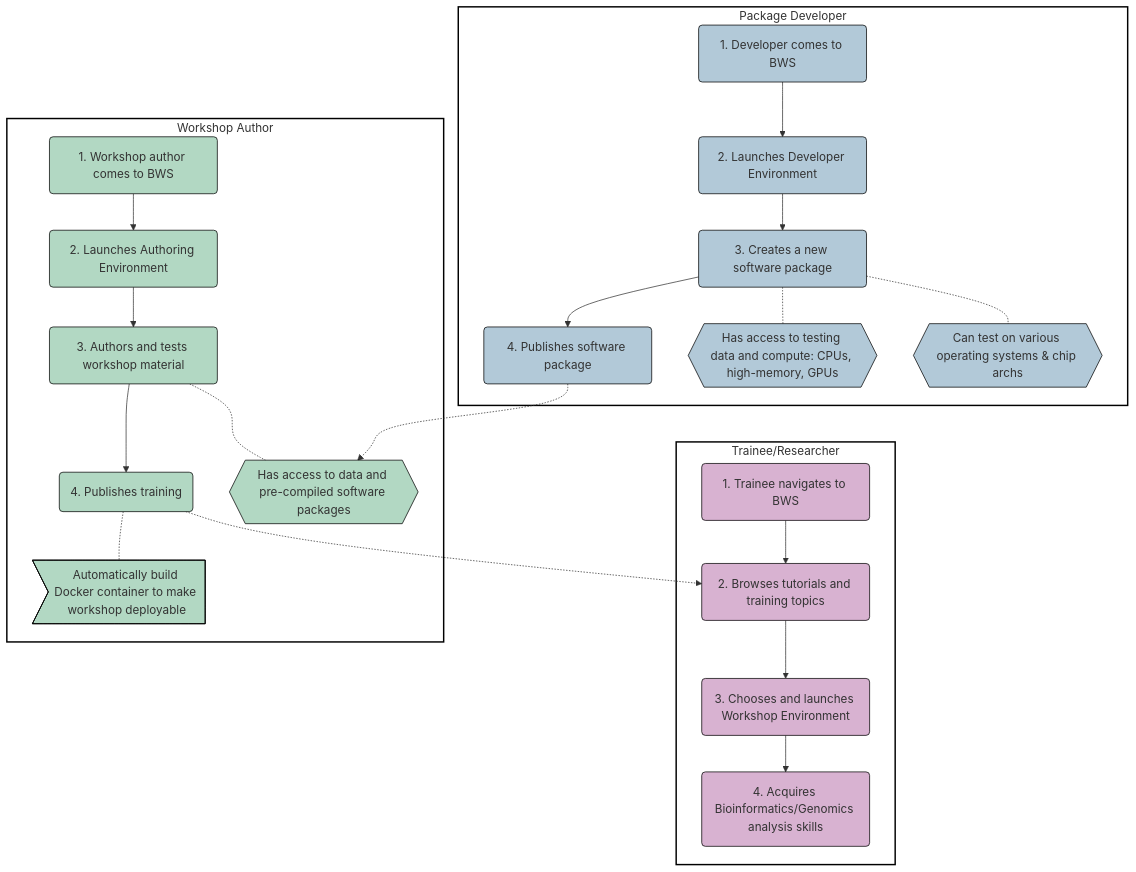
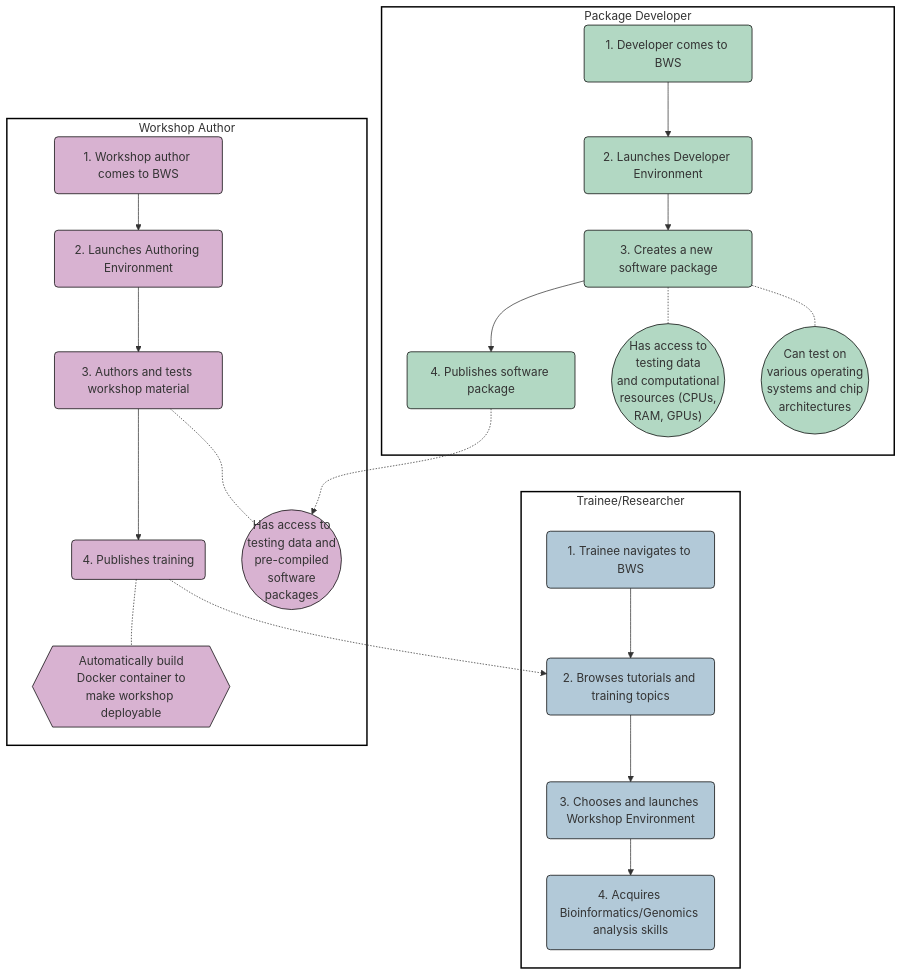
One commit to almahmoud/czi-bws-flow changed the diagram in README.md. Above: the diagram before and after it, drawn with Mermaid.

````diff
--- a/README.md
+++ b/README.md
@@ -1,33 +1,33 @@
 ```mermaid
-graph TD
-  classDef traineecolor fill:#d8b2d1,stroke:#000;
-  classDef authorcolor fill:#b2d8c3,stroke:#000;
-  classDef developercolor fill:#b2c9d8,stroke:#000;
+graph TB
+  classDef traineecolor fill:#b2c9d8,stroke:#000;
+  classDef authorcolor fill:#d8b2d1,stroke:#000;
+  classDef developercolor fill:#b2d8c3,stroke:#000;
   style traineebox fill:#fff,stroke:#000,stroke-width:2px
   style authorbox fill:#fff,stroke:#000,stroke-width:2px
   style developerbox fill:#fff,stroke:#000,stroke-width:2px
   subgraph traineebox[Trainee/Researcher]
     A1(1. Trainee navigates to BWS)-->A2(2. Browses tutorials and training topics)
     A2-->A3(3. Chooses and launches Workshop Environment)
     A3-->A4(4. Acquires Bioinformatics/Genomics analysis skills)
     class A1,A2,A3,A4 traineecolor
   end
   subgraph authorbox[Workshop Author]
     B1(1. Workshop author comes to BWS)-->B2(2. Launches Authoring Environment)
     B2-->B3(3. Authors and tests workshop material)
     B3-->B4(4. Publishes training)
-    B3-.-B91{{Has access to data and pre-compiled software packages}}
-    B4-.-B92>Automatically build Docker container to make workshop deployable]
+    B3-.-B91((Has access to<br/>testing data and<br/>pre-compiled<br/>software<br/>packages))
+    B4-.-B92{{Automatically build<br/>Docker container to<br/>make workshop deployable}}
     class B1,B2,B3,B4,B91,B92 authorcolor
   end
   subgraph developerbox[Package Developer]
     C1(1. Developer comes to BWS)-->C2(2. Launches Developer Environment)
     C2-->C3(3. Creates a new software package)
     C3-->C4(4. Publishes software package)
-    C3-.-C91{{Has access to testing data and compute: CPUs, high-memory, GPUs}}
-    C3-.-C92{{Can test on various operating systems & chip archs}}
+    C3-.-C91(("Has access to<br/>testing data<br/>and computational<br/>resources (CPUs,<br/>RAM, GPUs)"))
+    C3-.-C92((Can test on<br/>various operating<br/>systems and chip<br/>architectures))
     class C1,C2,C3,C4,C91,C92 developercolor
   end
   B4-.->A2
   C4-.->B91
 ```
````
